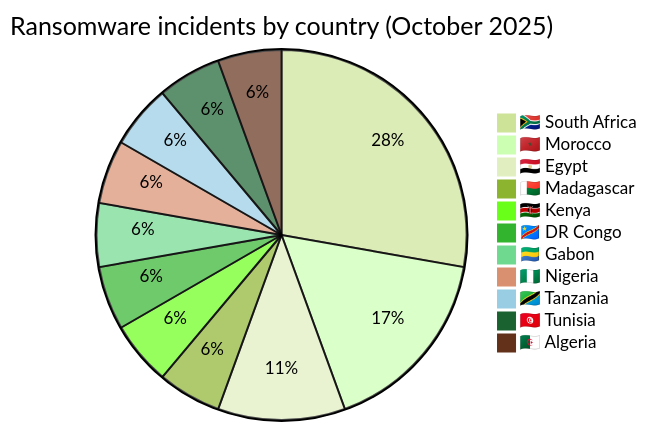
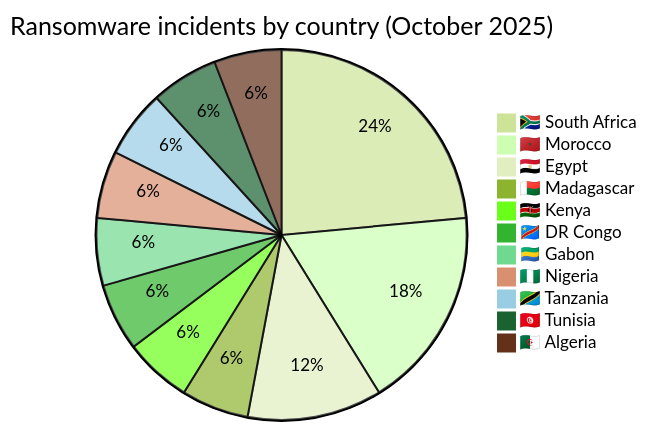
Before and after one commit to Hatchepsoute/AFRINTEL: the fourth of 5 diagrams in reports/2025/10-october/README.md, drawn with Mermaid (forest theme). The commit also changed other lines of this file and 14 other files, not shown here.

````diff
--- a/reports/2025/10-october/README.md
+++ b/reports/2025/10-october/README.md
@@ -164,15 +157,15 @@
 ```mermaid
 pie
 title Ransomware incidents by country (October 2025)
-"🇿🇦 South Africa" : 5
+"🇿🇦 South Africa" : 4
 "🇲🇦 Morocco" : 3
 "🇪🇬 Egypt" : 2
 "🇲🇬 Madagascar" : 1
 "🇰🇪 Kenya" : 1
 "🇨🇩 DR Congo" : 1
 "🇬🇦 Gabon" : 1
 "🇳🇬 Nigeria" : 1
 "🇹🇿 Tanzania" : 1
 "🇹🇳 Tunisia" : 1
 "🇩🇿 Algeria" : 1
 ```
````
